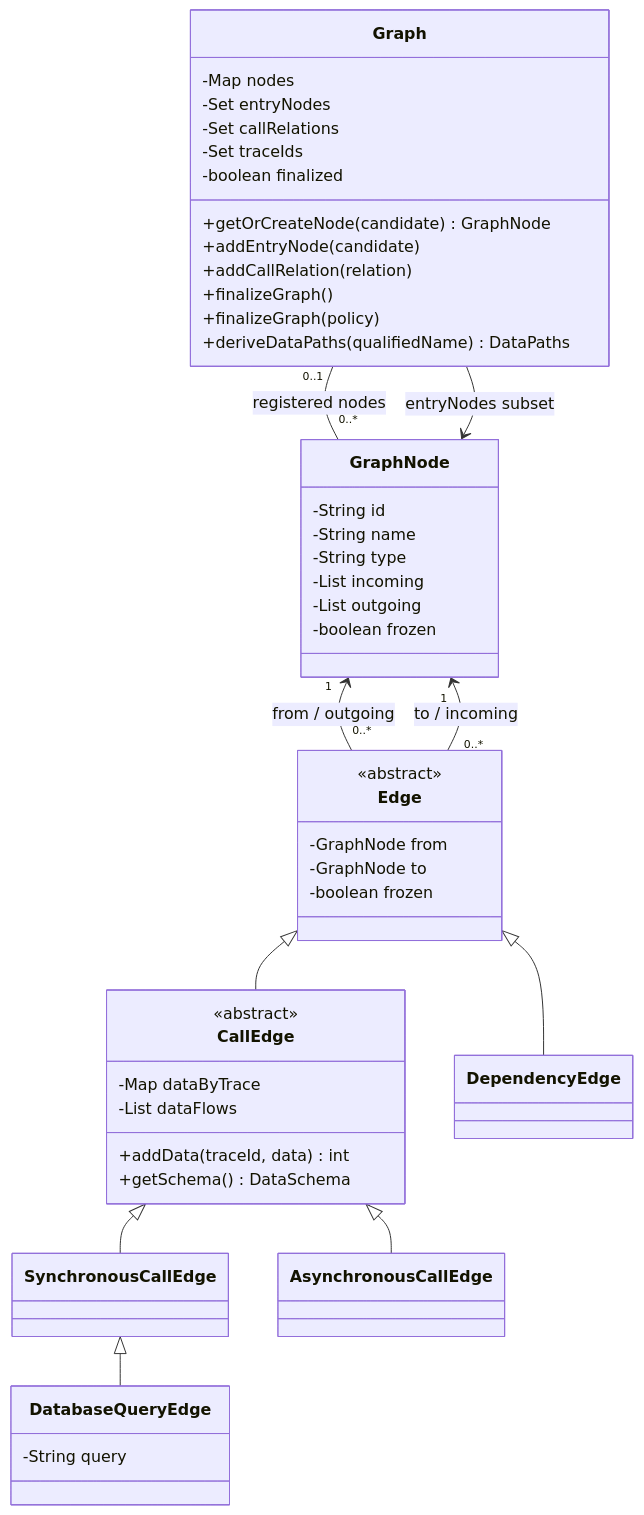
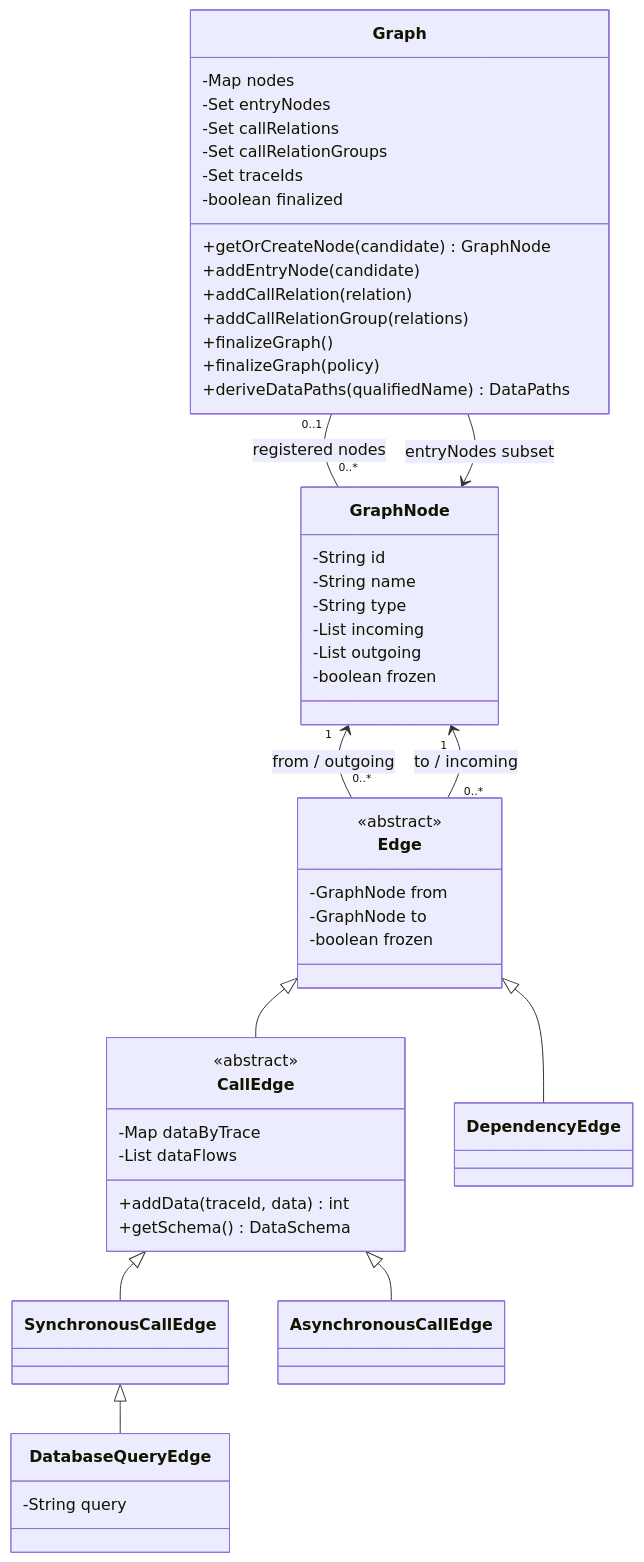
One commit to stefFischer/Constrainium changed the first of 4 diagrams in core/docs/graph-model.md. Above: the diagram before and after it, drawn with Mermaid. The commit also changed other lines of this file and 13 other files, not shown here.

First line of the commit message:
Merge repeated database calls while preserving schemas and data-flows

````diff
--- a/core/docs/graph-model.md
+++ b/core/docs/graph-model.md
@@ -21,53 +21,55 @@
 ```mermaid
 classDiagram
     class Graph {
         -Map nodes
         -Set entryNodes
         -Set callRelations
+        -Set callRelationGroups
         -Set traceIds
         -boolean finalized
         +getOrCreateNode(candidate) GraphNode
         +addEntryNode(candidate)
         +addCallRelation(relation)
+        +addCallRelationGroup(relations)
         +finalizeGraph()
         +finalizeGraph(policy)
         +deriveDataPaths(qualifiedName) DataPaths
     }
     class GraphNode {
         -String id
         -String name
         -String type
         -List incoming
         -List outgoing
         -boolean frozen
     }
     class Edge {
         <<abstract>>
         -GraphNode from
         -GraphNode to
         -boolean frozen
     }
     class CallEdge {
         <<abstract>>
         -Map dataByTrace
         -List dataFlows
         +addData(traceId, data) int
         +getSchema() DataSchema
     }
     class SynchronousCallEdge
     class AsynchronousCallEdge
     class DatabaseQueryEdge {
         -String query
     }
     class DependencyEdge
 
     Graph "0..1" -- "0..*" GraphNode : registered nodes
     Graph --> GraphNode : entryNodes subset
     GraphNode "1" <-- "0..*" Edge : from / outgoing
     GraphNode "1" <-- "0..*" Edge : to / incoming
     Edge <|-- CallEdge
     Edge <|-- DependencyEdge
     CallEdge <|-- SynchronousCallEdge
     CallEdge <|-- AsynchronousCallEdge
     SynchronousCallEdge <|-- DatabaseQueryEdge
 ```
````
